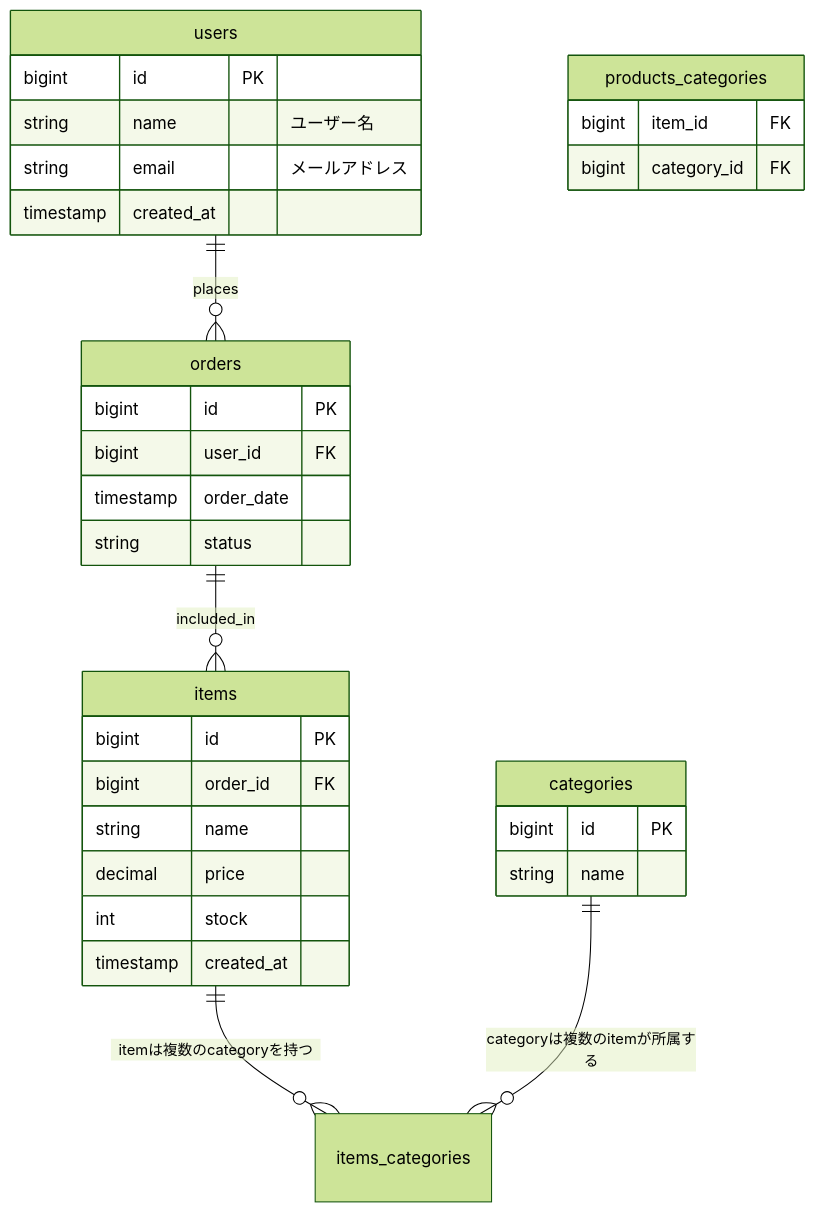
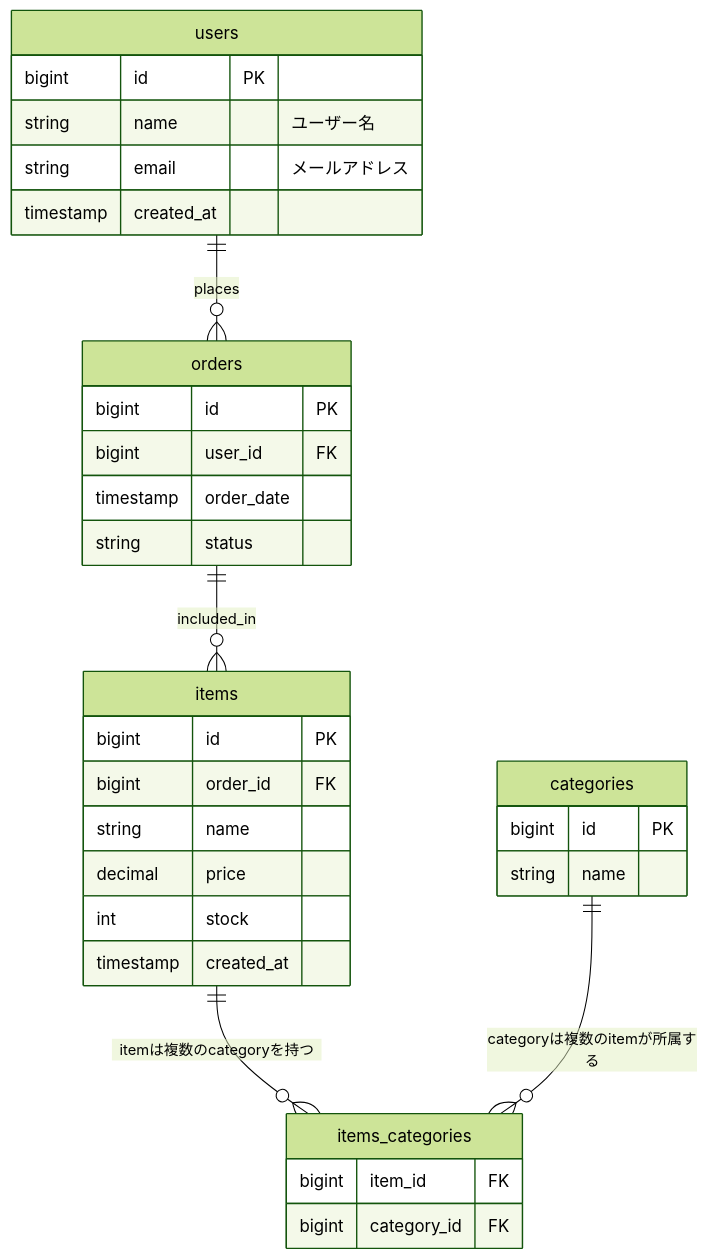
Before and after one commit to ahiru401066/practice-SQL: the diagram in ER.md, drawn with Mermaid (forest theme).

Commit message:
mdの修正

````diff
--- a/ER.md
+++ b/ER.md
@@ -1,41 +1,41 @@
 ```mermaid
 erDiagram
   users {
     bigint id PK
     string name "ユーザー名"
     string email "メールアドレス"
     timestamp created_at
   }
 
   orders {
     bigint id PK
     bigint user_id FK
     timestamp order_date
     string status
   }
 
   items {
     bigint id PK
     bigint order_id FK
     string name
     decimal price
     int stock
     timestamp created_at
   }
 
   categories {
     bigint id PK
     string name
   }
 
-  products_categories {
+  items_categories {
     bigint item_id FK
     bigint category_id FK
   }
 
   %% Relations
   users ||--o{ orders : places
   orders ||--o{ items : included_in
   items ||--o{ items_categories : "itemは複数のcategoryを持つ"
   categories ||--o{ items_categories : "categoryは複数のitemが所属する"
 ```
````
